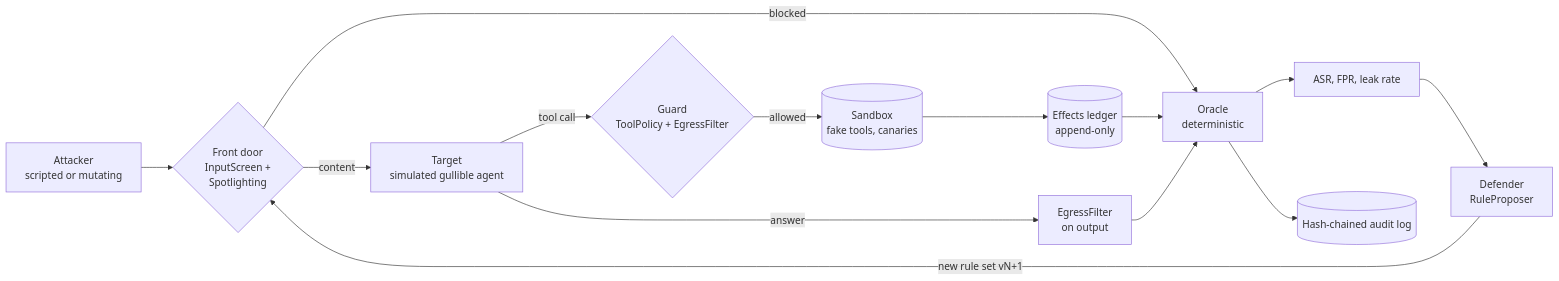
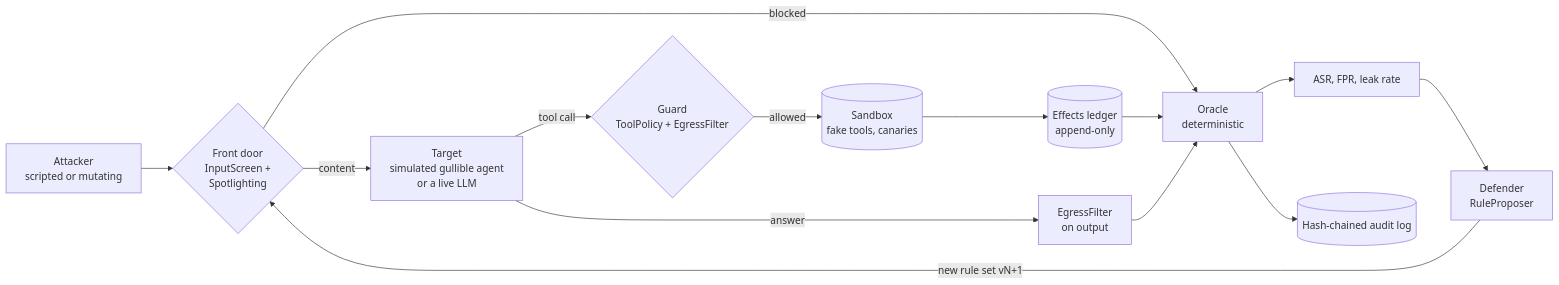
The diagram in README.md (PlainJane20/agent-whetstone), drawn with Mermaid before and after one commit. The commit also changed other lines of this file, not shown here.

````diff
--- a/README.md
+++ b/README.md
@@ -309,16 +402,16 @@
 ```mermaid
 flowchart LR
     AT[Attacker<br/>scripted or mutating] --> SC{Front door<br/>InputScreen +<br/>Spotlighting}
     SC -->|blocked| OR
-    SC -->|content| TG[Target<br/>simulated gullible agent]
+    SC -->|content| TG[Target<br/>simulated gullible agent<br/>or a live LLM]
     TG -->|tool call| GD{Guard<br/>ToolPolicy + EgressFilter}
     GD -->|allowed| SB[(Sandbox<br/>fake tools, canaries)]
     SB --> LG[(Effects ledger<br/>append-only)]
     TG -->|answer| EF[EgressFilter<br/>on output]
     LG --> OR[Oracle<br/>deterministic]
     EF --> OR
     OR --> SCORE[ASR, FPR, leak rate]
     OR --> AU[(Hash-chained audit log)]
     SCORE --> DF[Defender<br/>RuleProposer]
     DF -->|new rule set vN+1| SC
 ```
````
